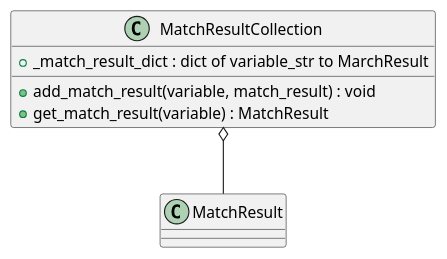
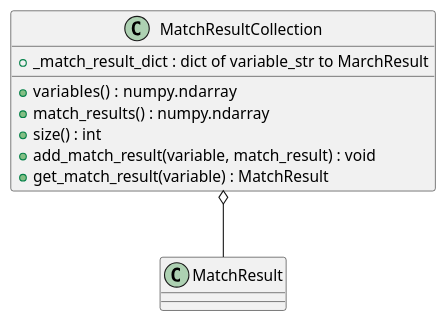
The diagram in Design/mr_mrc.puml (sys-bio/SBviper), drawn with PlantUML before and after one commit. The commit also changed 1 other file, not shown here.

Commit message:
uml matchresultcollection

```diff
--- a/Design/mr_mrc.puml
+++ b/Design/mr_mrc.puml
@@ -1,18 +1,20 @@
 @startuml
 
 MatchResultCollection o-- MatchResult
 
 'TimeSeries *-- SteadyState
 
 class MatchResultCollection {
     +_match_result_dict : dict of variable_str to MarchResult
+    +variables() :  numpy.ndarray
+    +match_results() : numpy.ndarray
+    +size() : int
     +add_match_result(variable, match_result) : void
     +get_match_result(variable) : MatchResult
-
 }
 
 class MatchResult {
 
 }
 
 @enduml
```
